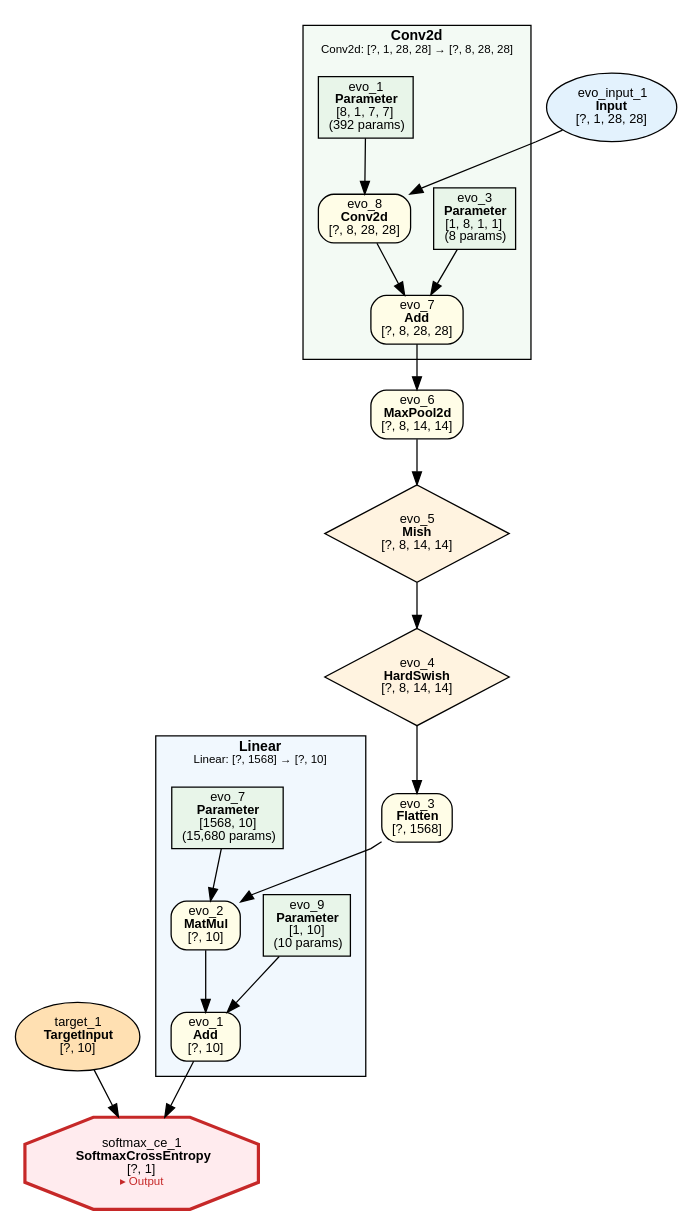
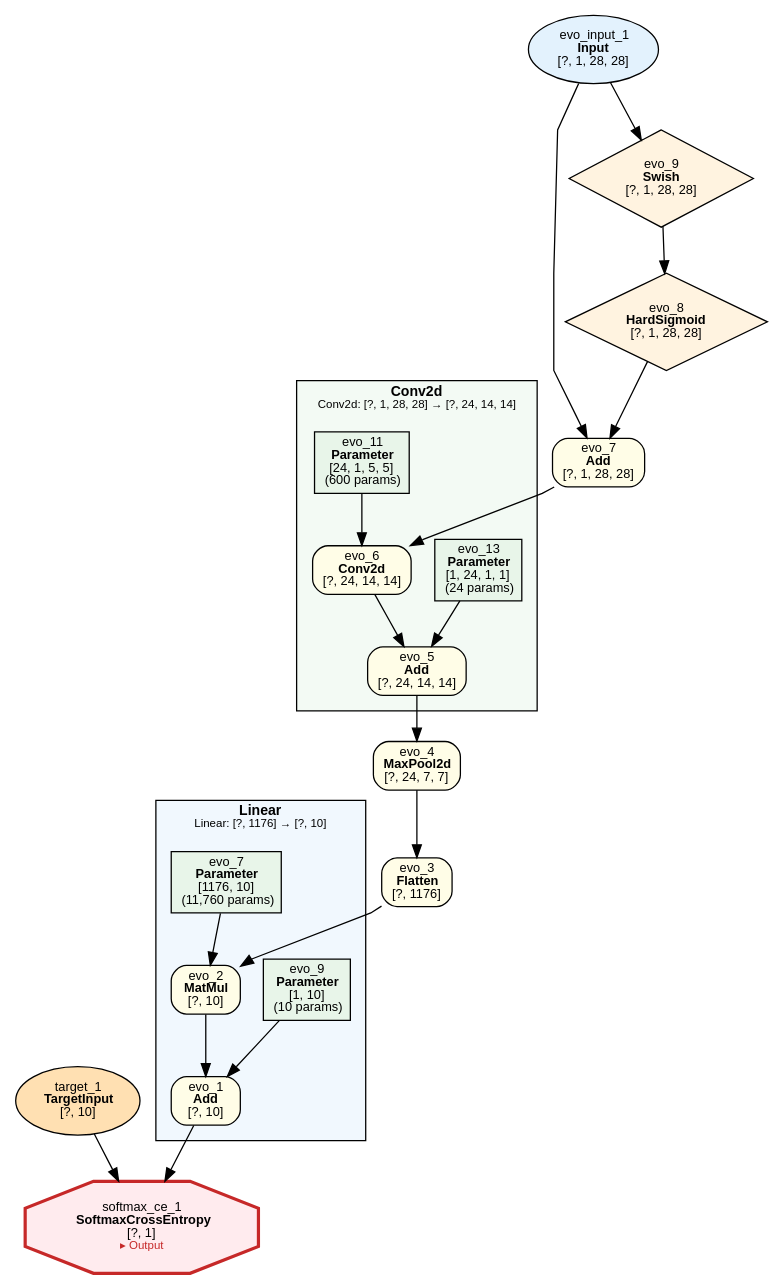
One commit to dbsxdbsx/only_torch changed the diagram in examples/evolution/mnist/evolution_mnist.dot. Above: the diagram before and after it, drawn with Graphviz. The commit also changed 45 other files, not shown here.

```diff
--- a/examples/evolution/mnist/evolution_mnist.dot
+++ b/examples/evolution/mnist/evolution_mnist.dot
@@ -1,56 +1,59 @@
 digraph ComputeGraph {
     rankdir=TB;
     newrank=true;
     splines=polyline;
     node [fontname="Microsoft YaHei,SimHei,Arial"];
     edge [fontname="Microsoft YaHei,SimHei,Arial"];
 
     subgraph cluster_group_linear_3 {
-        label=<<B>Linear</B><BR/><FONT POINT-SIZE="9">Linear: [?, 1568] → [?, 10]</FONT>>;
+        label=<<B>Linear</B><BR/><FONT POINT-SIZE="9">Linear: [?, 1176] → [?, 10]</FONT>>;
         style=filled;
         fillcolor="#E3F2FD80";
         fontname="Microsoft YaHei,SimHei,Arial";
         fontsize=11;
         margin=12;
             "2" [label=<evo_1<BR/><B>Add</B><BR/>[?, 10]> shape=box style="filled,rounded" fillcolor="#FFFDE7" fontsize=10];
             "4" [label=<evo_2<BR/><B>MatMul</B><BR/>[?, 10]> shape=box style="filled,rounded" fillcolor="#FFFDE7" fontsize=10];
             "5" [label=<evo_9<BR/><B>Parameter</B><BR/>[1, 10]<BR/>(10 params)> shape=box style=filled fillcolor="#E8F5E9" fontsize=10];
-            "7" [label=<evo_7<BR/><B>Parameter</B><BR/>[1568, 10]<BR/>(15,680 params)> shape=box style=filled fillcolor="#E8F5E9" fontsize=10];
+            "7" [label=<evo_7<BR/><B>Parameter</B><BR/>[1176, 10]<BR/>(11,760 params)> shape=box style=filled fillcolor="#E8F5E9" fontsize=10];
     }
 
-    subgraph cluster_group_conv2d_0 {
-        label=<<B>Conv2d</B><BR/><FONT POINT-SIZE="9">Conv2d: [?, 1, 28, 28] → [?, 8, 28, 28]</FONT>>;
+    subgraph cluster_group_conv2d_4 {
+        label=<<B>Conv2d</B><BR/><FONT POINT-SIZE="9">Conv2d: [?, 1, 28, 28] → [?, 24, 14, 14]</FONT>>;
         style=filled;
         fillcolor="#E8F5E980";
         fontname="Microsoft YaHei,SimHei,Arial";
         fontsize=11;
         margin=12;
-            "11" [label=<evo_7<BR/><B>Add</B><BR/>[?, 8, 28, 28]> shape=box style="filled,rounded" fillcolor="#FFFDE7" fontsize=10];
-            "12" [label=<evo_8<BR/><B>Conv2d</B><BR/>[?, 8, 28, 28]> shape=box style="filled,rounded" fillcolor="#FFFDE7" fontsize=10];
-            "13" [label=<evo_3<BR/><B>Parameter</B><BR/>[1, 8, 1, 1]<BR/>(8 params)> shape=box style=filled fillcolor="#E8F5E9" fontsize=10];
-            "15" [label=<evo_1<BR/><B>Parameter</B><BR/>[8, 1, 7, 7]<BR/>(392 params)> shape=box style=filled fillcolor="#E8F5E9" fontsize=10];
+            "9" [label=<evo_5<BR/><B>Add</B><BR/>[?, 24, 14, 14]> shape=box style="filled,rounded" fillcolor="#FFFDE7" fontsize=10];
+            "10" [label=<evo_6<BR/><B>Conv2d</B><BR/>[?, 24, 14, 14]> shape=box style="filled,rounded" fillcolor="#FFFDE7" fontsize=10];
+            "11" [label=<evo_13<BR/><B>Parameter</B><BR/>[1, 24, 1, 1]<BR/>(24 params)> shape=box style=filled fillcolor="#E8F5E9" fontsize=10];
+            "13" [label=<evo_11<BR/><B>Parameter</B><BR/>[24, 1, 5, 5]<BR/>(600 params)> shape=box style=filled fillcolor="#E8F5E9" fontsize=10];
     }
 
     "1" [label=<softmax_ce_1<BR/><B>SoftmaxCrossEntropy</B><BR/>[?, 1]<BR/><FONT COLOR="#C62828" POINT-SIZE="9">▸ Output</FONT>> shape=octagon style=filled fillcolor="#FFEBEE" fontsize=10 penwidth=2.5 color="#C62828"];
     "3" [label=<target_1<BR/><B>TargetInput</B><BR/>[?, 10]> shape=ellipse style=filled fillcolor="#FFE0B2" fontsize=10];
-    "6" [label=<evo_3<BR/><B>Flatten</B><BR/>[?, 1568]> shape=box style="filled,rounded" fillcolor="#FFFDE7" fontsize=10];
-    "8" [label=<evo_4<BR/><B>HardSwish</B><BR/>[?, 8, 14, 14]> shape=diamond style=filled fillcolor="#FFF3E0" fontsize=10];
-    "9" [label=<evo_5<BR/><B>Mish</B><BR/>[?, 8, 14, 14]> shape=diamond style=filled fillcolor="#FFF3E0" fontsize=10];
-    "10" [label=<evo_6<BR/><B>MaxPool2d</B><BR/>[?, 8, 14, 14]> shape=box style="filled,rounded" fillcolor="#FFFDE7" fontsize=10];
-    "14" [label=<evo_input_1<BR/><B>Input</B><BR/>[?, 1, 28, 28]> shape=ellipse style=filled fillcolor="#E3F2FD" fontsize=10];
+    "6" [label=<evo_3<BR/><B>Flatten</B><BR/>[?, 1176]> shape=box style="filled,rounded" fillcolor="#FFFDE7" fontsize=10];
+    "8" [label=<evo_4<BR/><B>MaxPool2d</B><BR/>[?, 24, 7, 7]> shape=box style="filled,rounded" fillcolor="#FFFDE7" fontsize=10];
+    "12" [label=<evo_7<BR/><B>Add</B><BR/>[?, 1, 28, 28]> shape=box style="filled,rounded" fillcolor="#FFFDE7" fontsize=10];
+    "14" [label=<evo_8<BR/><B>HardSigmoid</B><BR/>[?, 1, 28, 28]> shape=diamond style=filled fillcolor="#FFF3E0" fontsize=10];
+    "15" [label=<evo_input_1<BR/><B>Input</B><BR/>[?, 1, 28, 28]> shape=ellipse style=filled fillcolor="#E3F2FD" fontsize=10];
+    "16" [label=<evo_9<BR/><B>Swish</B><BR/>[?, 1, 28, 28]> shape=diamond style=filled fillcolor="#FFF3E0" fontsize=10];
 
     "2" -> "1";
     "3" -> "1";
     "4" -> "2";
     "5" -> "2";
     "6" -> "4";
     "7" -> "4";
     "8" -> "6";
     "9" -> "8";
     "10" -> "9";
-    "11" -> "10";
-    "12" -> "11";
-    "13" -> "11";
+    "11" -> "9";
+    "12" -> "10";
+    "13" -> "10";
     "14" -> "12";
     "15" -> "12";
+    "16" -> "14";
+    "15" -> "16";
 }
```
